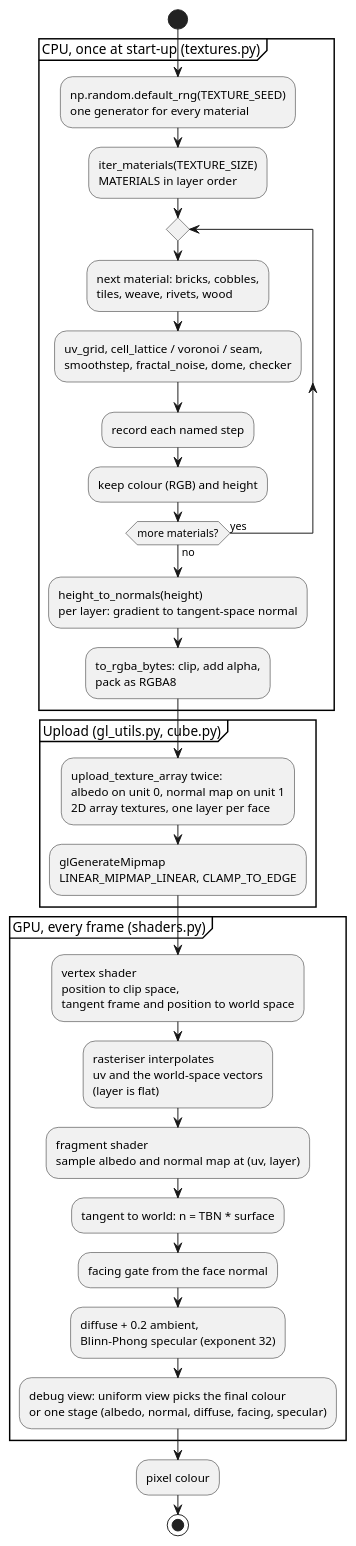
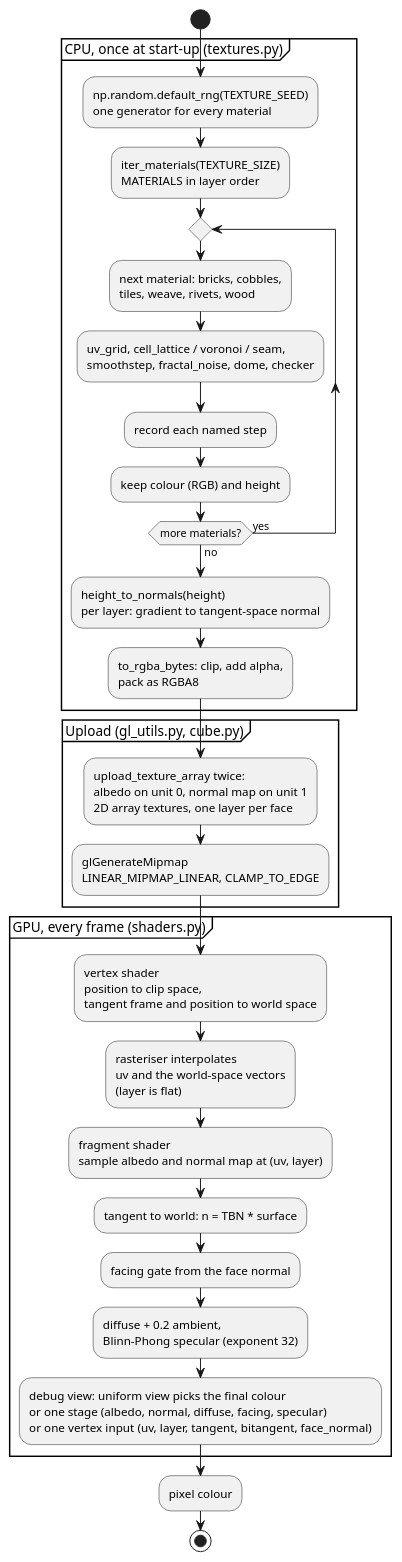
Before and after one commit to esba1ley/opengl_python_qt6_test: the diagram in docs/diagrams/textures.puml, drawn with PlantUML. The commit also changed 4 other files, not shown here.

```diff
--- a/docs/diagrams/textures.puml
+++ b/docs/diagrams/textures.puml
@@ -1,51 +1,52 @@
 @startuml textures
 ' Activity: from the seeded generator to one shaded pixel. Keep in step with
 ' textures.generate_texture_layers, gl_utils.upload_texture_array,
 ' cube.CubeRenderer.init_textures and shaders.CUBE_*_BODY.
 skinparam shadowing false
 
 start
 partition "CPU, once at start-up (textures.py)" {
   :np.random.default_rng(TEXTURE_SEED)
   one generator for every material;
   :iter_materials(TEXTURE_SIZE)
   MATERIALS in layer order;
   repeat
     :next material: bricks, cobbles,
     tiles, weave, rivets, wood;
     :uv_grid, cell_lattice / voronoi / seam,
     smoothstep, fractal_noise, dome, checker;
     :record each named step;
     :keep colour (RGB) and height;
   repeat while (more materials?) is (yes) not (no)
   :height_to_normals(height)
   per layer: gradient to tangent-space normal;
   :to_rgba_bytes: clip, add alpha,
   pack as RGBA8;
 }
 partition "Upload (gl_utils.py, cube.py)" {
   :upload_texture_array twice:
   albedo on unit 0, normal map on unit 1
   2D array textures, one layer per face;
   :glGenerateMipmap
   LINEAR_MIPMAP_LINEAR, CLAMP_TO_EDGE;
 }
 partition "GPU, every frame (shaders.py)" {
   :vertex shader
   position to clip space,
   tangent frame and position to world space;
   :rasteriser interpolates
   uv and the world-space vectors
   (layer is flat);
   :fragment shader
   sample albedo and normal map at (uv, layer);
   :tangent to world: n = TBN * surface;
   :facing gate from the face normal;
   :diffuse + 0.2 ambient,
   Blinn-Phong specular (exponent 32);
   :debug view: uniform view picks the final colour
-  or one stage (albedo, normal, diffuse, facing, specular);
+  or one stage (albedo, normal, diffuse, facing, specular)
+  or one vertex input (uv, layer, tangent, bitangent, face_normal);
 }
 :pixel colour;
 stop
 @enduml
```
